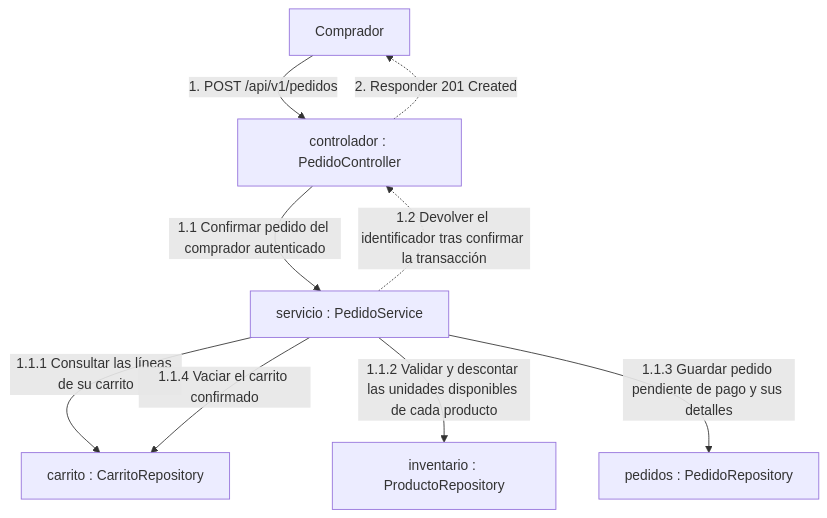
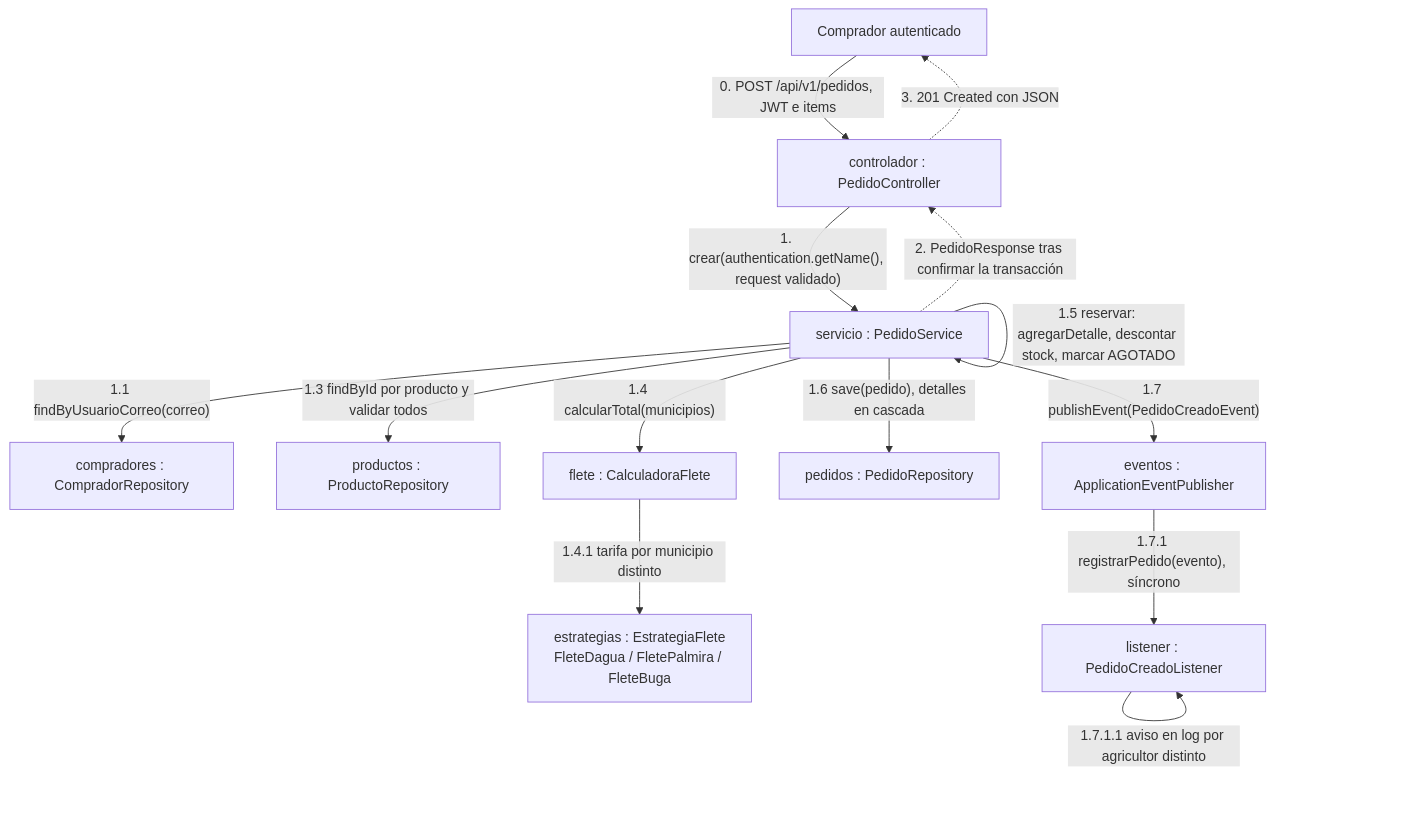
Before and after one commit to Angel-uniajc/AgrovalleConnect: the fifth of 7 diagrams in docs/architecture/diagramas-uml.md, drawn with Mermaid. The commit also changed other lines of this file and 1 other file, not shown here.

Commit message:
docs(T08-HU12): actualizar secuencia y colaboración del pedido (#223)
* docs(T08-HU12): actualizar secuencia y colaboración del pedido

* docs(T08-HU12): corregir nota del diagrama Mermaid

* docs(T08-HU12): incorporar el flujo HTTP fusionado y sus errores

````diff
--- a/docs/architecture/diagramas-uml.md
+++ b/docs/architecture/diagramas-uml.md
@@ -166,18 +166,27 @@
 ```mermaid
 flowchart TB
-    B["Comprador"]
-    C["controlador : PedidoController"]
+    B["Comprador autenticado"]
+    E["controlador : PedidoController"]
     S["servicio : PedidoService"]
-    K["carrito : CarritoRepository"]
-    I["inventario : ProductoRepository"]
+    C["compradores : CompradorRepository"]
+    R["productos : ProductoRepository"]
+    F["flete : CalculadoraFlete"]
+    EF["estrategias : EstrategiaFlete<br/>FleteDagua / FletePalmira / FleteBuga"]
     P["pedidos : PedidoRepository"]
-
-    B -->|"1. POST /api/v1/pedidos"| C
-    C -->|"1.1 Confirmar pedido del comprador autenticado"| S
-    S -->|"1.1.1 Consultar las líneas de su carrito"| K
-    S -->|"1.1.2 Validar y descontar las unidades disponibles de cada producto"| I
-    S -->|"1.1.3 Guardar pedido pendiente de pago y sus detalles"| P
-    S -->|"1.1.4 Vaciar el carrito confirmado"| K
-    S -.->|"1.2 Devolver el identificador tras confirmar la transacción"| C
-    C -.->|"2. Responder 201 Created"| B
+    EV["eventos : ApplicationEventPublisher"]
+    L["listener : PedidoCreadoListener"]
+    B -->|"0. POST /api/v1/pedidos, JWT e items"| E
+    E -->|"1. crear(authentication.getName(), request validado)"| S
+    S -->|"1.1 findByUsuarioCorreo(correo)"| C
+    S -->|"1.2 agruparCantidades: sumar repetidos"| S
+    S -->|"1.3 findById por producto y validar todos"| R
+    S -->|"1.4 calcularTotal(municipios)"| F
+    F -->|"1.4.1 tarifa por municipio distinto"| EF
+    S -->|"1.5 reservar: agregarDetalle, descontar stock, marcar AGOTADO"| S
+    S -->|"1.6 save(pedido), detalles en cascada"| P
+    S -->|"1.7 publishEvent(PedidoCreadoEvent)"| EV
+    EV -->|"1.7.1 registrarPedido(evento), síncrono"| L
+    L -->|"1.7.1.1 aviso en log por agricultor distinto"| L
+    S -.->|"2. PedidoResponse tras confirmar la transacción"| E
+    E -.->|"3. 201 Created con JSON"| B
 ```
````
